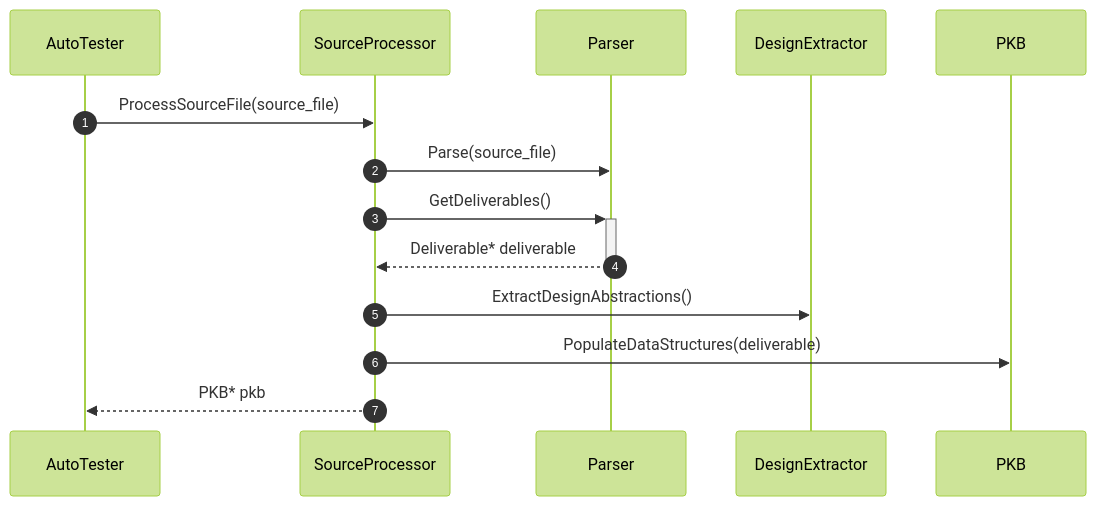
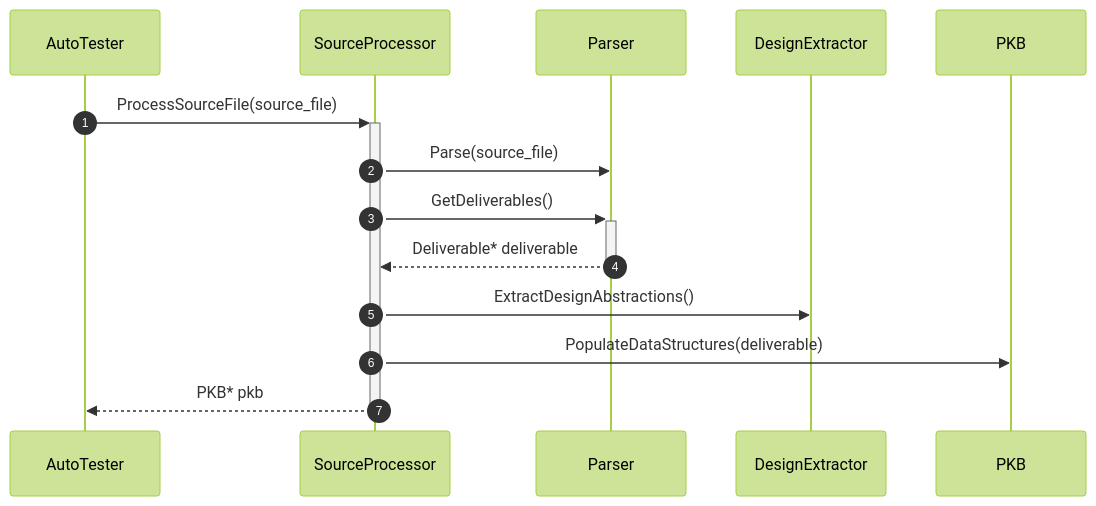
The diagram in docs/sd/FrontendOverview.mmd (rtshkmr/CS3203-StaticProgramAnalyzer), drawn with Mermaid (forest theme) before and after one commit. The commit also changed 1 other file, not shown here.

```diff
--- a/docs/sd/FrontendOverview.mmd
+++ b/docs/sd/FrontendOverview.mmd
@@ -1,22 +1,22 @@
 sequenceDiagram
     autonumber
     participant AutoTester
     participant SourceProcessor
     participant Parser
     participant DesignExtractor
     participant PKB
 
     %% Assumption: This sd only focus on parsing %
-    AutoTester ->> SourceProcessor: ProcessSourceFile(source_file)
+    AutoTester ->>+ SourceProcessor: ProcessSourceFile(source_file)
 
         SourceProcessor ->> Parser: Parse(source_file)
         SourceProcessor ->>+ Parser: GetDeliverables()
         Parser -->>- SourceProcessor: Deliverable* deliverable
 
         %% Transitive => Parents*, Children* Follows*, FollowedBy* Use, UsedBy, Modifies, ModifiesBy
         SourceProcessor ->> DesignExtractor: ExtractDesignAbstractions()
 
         SourceProcessor ->> PKB: PopulateDataStructures(deliverable)
         %% By right, AST should not be used for resolving queries (anything, we try to add aux Data Structures)
-    SourceProcessor -->> AutoTester: PKB* pkb
+    SourceProcessor -->>- AutoTester: PKB* pkb
     %% This program ends when preprocessing is finish %%
```
